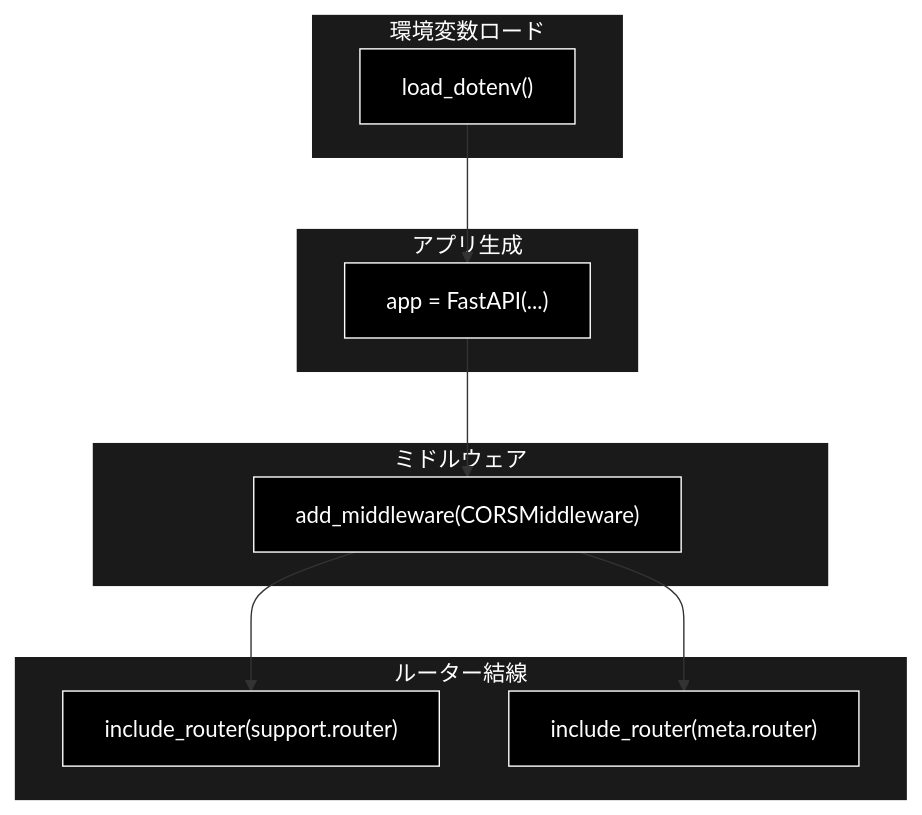
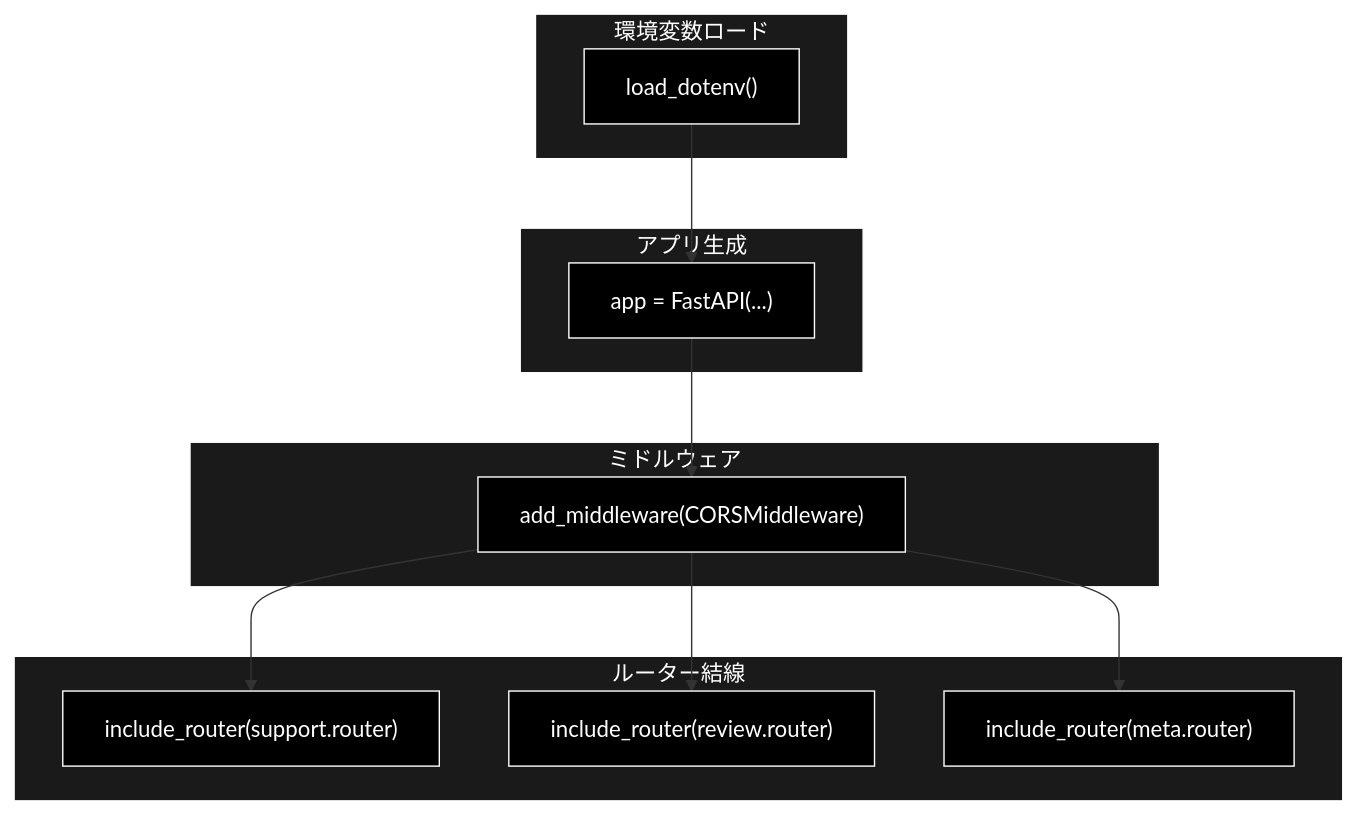
One commit to nakashima2toshio/grace_v2 changed the second of 3 diagrams in backend/docs/main.md. Above: the diagram before and after it, drawn with Mermaid. The commit also changed other lines of this file and 9 other files, not shown here.

````diff
--- a/backend/docs/main.md
+++ b/backend/docs/main.md
@@ -135,31 +136,33 @@
 ```mermaid
 flowchart TB
     subgraph ENV["環境変数ロード"]
         DOTENV["load_dotenv()"]
     end
 
     subgraph APPBLOCK["アプリ生成"]
         APP["app = FastAPI(...)"]
     end
 
     subgraph MW["ミドルウェア"]
         CORS["add_middleware(CORSMiddleware)"]
     end
 
     subgraph WIRING["ルーター結線"]
         RSUP["include_router(support.router)"]
+        RREV["include_router(review.router)"]
         RMETA["include_router(meta.router)"]
     end
 
     DOTENV --> APP
     APP --> CORS
     CORS --> RSUP
+    CORS --> RREV
     CORS --> RMETA
 classDef default fill:#000,stroke:#fff,color:#fff
 classDef subgraphStyle fill:#1a1a1a,stroke:#fff,color:#fff
-class DOTENV,APP,CORS,RSUP,RMETA default
+class DOTENV,APP,CORS,RSUP,RREV,RMETA default
 style ENV fill:#1a1a1a,stroke:#fff,color:#fff
 style APPBLOCK fill:#1a1a1a,stroke:#fff,color:#fff
 style MW fill:#1a1a1a,stroke:#fff,color:#fff
 style WIRING fill:#1a1a1a,stroke:#fff,color:#fff
 ```
````
